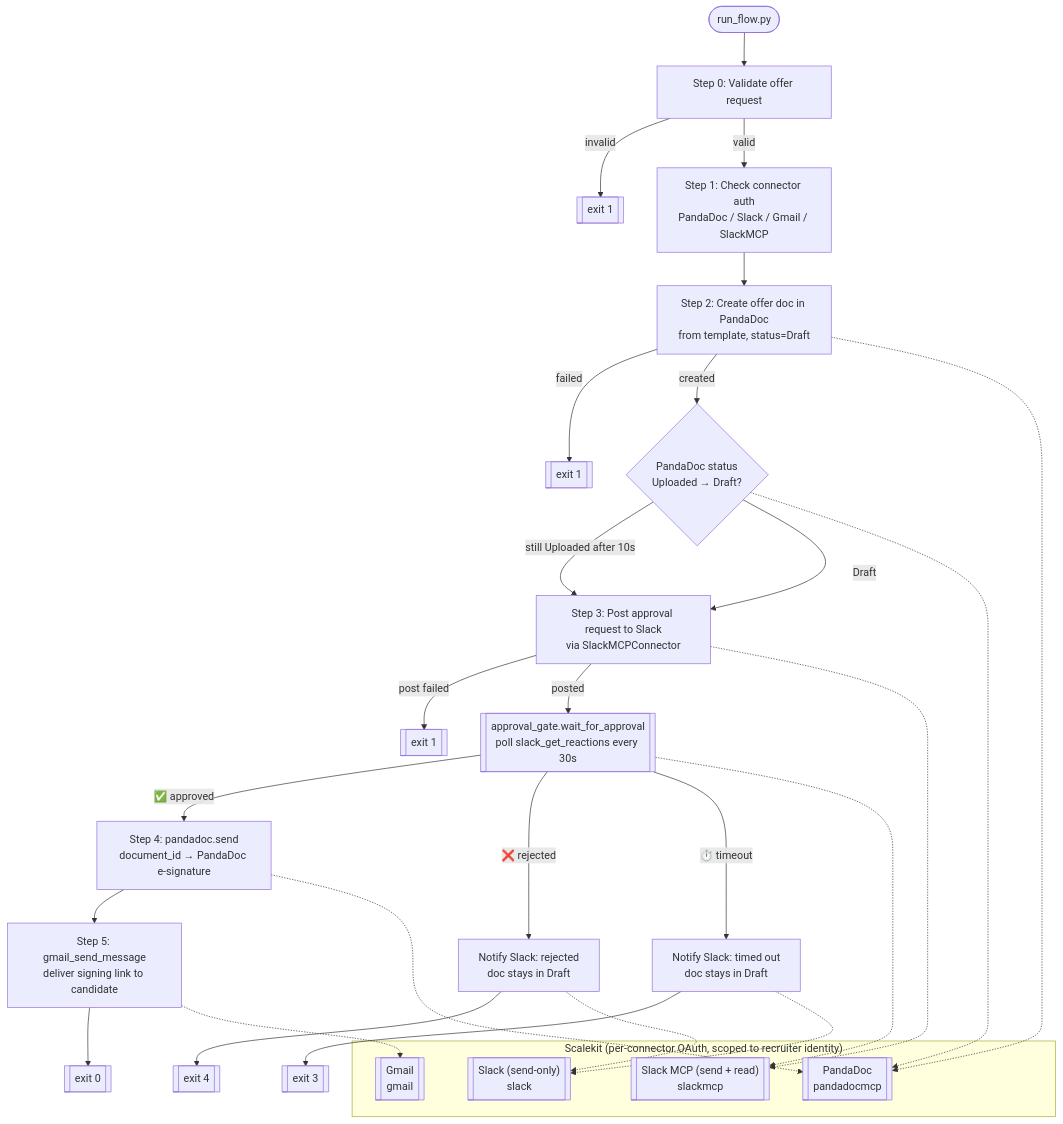
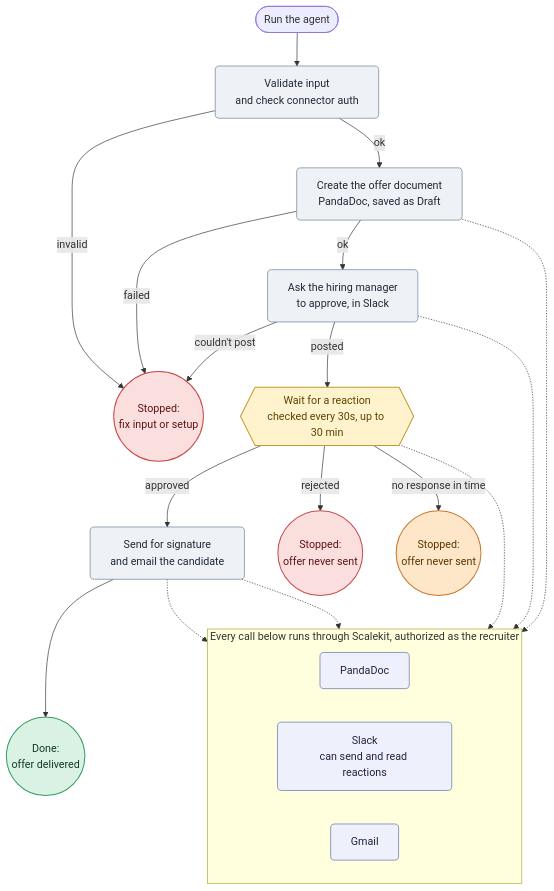
Before and after one commit to scalekit-developers/workflow-agents-demos: the diagram in offer-letter-routing-agent/README.md, drawn with Mermaid. The commit also changed other lines of this file and 8 other files, not shown here.

Commit message:
feat: Enhance offer letter routing agent with improved input validation, approval gate, and logging

````diff
--- a/offer-letter-routing-agent/README.md
+++ b/offer-letter-routing-agent/README.md
@@ -46,38 +47,44 @@
 ```mermaid
+%%{init: {"flowchart": {"curve": "basis"}}}%%
 flowchart TD
-    Start([run_flow.py]) --> Validate[Step 0: Validate offer request]
-    Validate -- invalid --> Fail1[["exit 1"]]
-    Validate -- valid --> Auth[Step 1: Check connector auth\nPandaDoc / Slack / Gmail / SlackMCP]
-    Auth --> CreateDoc[Step 2: Create offer doc in PandaDoc\nfrom template, status=Draft]
-    CreateDoc -- failed --> Fail2[["exit 1"]]
-    CreateDoc -- created --> Poll{PandaDoc status\nUploaded → Draft?}
-    Poll -- still Uploaded after 10s --> PostApproval
-    Poll -- Draft --> PostApproval[Step 3: Post approval request to Slack\nvia SlackMCPConnector]
-    PostApproval -- post failed --> Fail3[["exit 1"]]
-    PostApproval -- posted --> Gate[[approval_gate.wait_for_approval\npoll slack_get_reactions every 30s]]
+    Start(["Run the agent"]) --> Validate["Validate input\nand check connector auth"]
+    Validate -- "invalid" --> ErrExit(("Stopped:\nfix input or setup"))
+    Validate -- "ok" --> CreateDoc["Create the offer document\nPandaDoc, saved as Draft"]
+    CreateDoc -- "failed" --> ErrExit
+    CreateDoc -- "ok" --> PostApproval["Ask the hiring manager\nto approve, in Slack"]
+    PostApproval -- "couldn't post" --> ErrExit
+    PostApproval -- "posted" --> Gate{{"Wait for a reaction\nchecked every 30s, up to 30 min"}}
 
-    Gate -- ✅ approved --> Send[Step 4: pandadoc.send\ndocument_id → PandaDoc e-signature]
-    Gate -- ❌ rejected --> Rejected[Notify Slack: rejected\ndoc stays in Draft]
-    Gate -- ⏱️ timeout --> TimedOut[Notify Slack: timed out\ndoc stays in Draft]
-    Rejected --> Exit4[["exit 4"]]
-    TimedOut --> Exit3[["exit 3"]]
+    Gate -- "approved" --> Send["Send for signature\nand email the candidate"]
+    Gate -- "rejected" --> RejExit(("Stopped:\noffer never sent"))
+    Gate -- "no response in time" --> TimeExit(("Stopped:\noffer never sent"))
+    Send --> OkExit(("Done:\noffer delivered"))
 
-    Send --> Email[Step 5: gmail_send_message\ndeliver signing link to candidate]
-    Email --> Done[["exit 0"]]
-
-    subgraph Scalekit["Scalekit (per-connector OAuth, scoped to recruiter identity)"]
-        PandaDocMCP[["PandaDoc\npandadocmcp"]]
-        SlackSend[["Slack (send-only)\nslack"]]
-        SlackMCP[["Slack MCP (send + read)\nslackmcp"]]
-        GmailMCP[["Gmail\ngmail"]]
+    subgraph Scalekit["Every call below runs through Scalekit, authorized as the recruiter"]
+        direction LR
+        PandaDocMCP["PandaDoc"]
+        SlackMCP["Slack\ncan send and read reactions"]
+        GmailMCP["Gmail"]
     end
 
     CreateDoc -.-> PandaDocMCP
     Send -.-> PandaDocMCP
-    Poll -.-> PandaDocMCP
     PostApproval -.-> SlackMCP
     Gate -.-> SlackMCP
-    Rejected -.-> SlackSend
-    TimedOut -.-> SlackSend
-    Email -.-> GmailMCP
+    Send -.-> GmailMCP
+
+    classDef step fill:#eef2f7,stroke:#6b7b91,stroke-width:1px,color:#1f2937,rx:6,ry:6
+    classDef gate fill:#fff3cd,stroke:#c9962b,stroke-width:1.5px,color:#5c4400
+    classDef ok fill:#d9f2e3,stroke:#2f9e5f,stroke-width:1.5px,color:#0f3d24
+    classDef bad fill:#fbdede,stroke:#c94b4b,stroke-width:1.5px,color:#5c1414
+    classDef warn fill:#fde7c8,stroke:#c9772b,stroke-width:1.5px,color:#5c3400
+    classDef svc fill:#eef1fb,stroke:#5b6bb0,stroke-width:1px,color:#1f2440,rx:6,ry:6
+
+    class Validate,CreateDoc,PostApproval,Send step
+    class Gate gate
+    class OkExit ok
+    class RejExit bad
+    class TimeExit warn
+    class ErrExit bad
+    class PandaDocMCP,SlackMCP,GmailMCP svc
 ```
````
